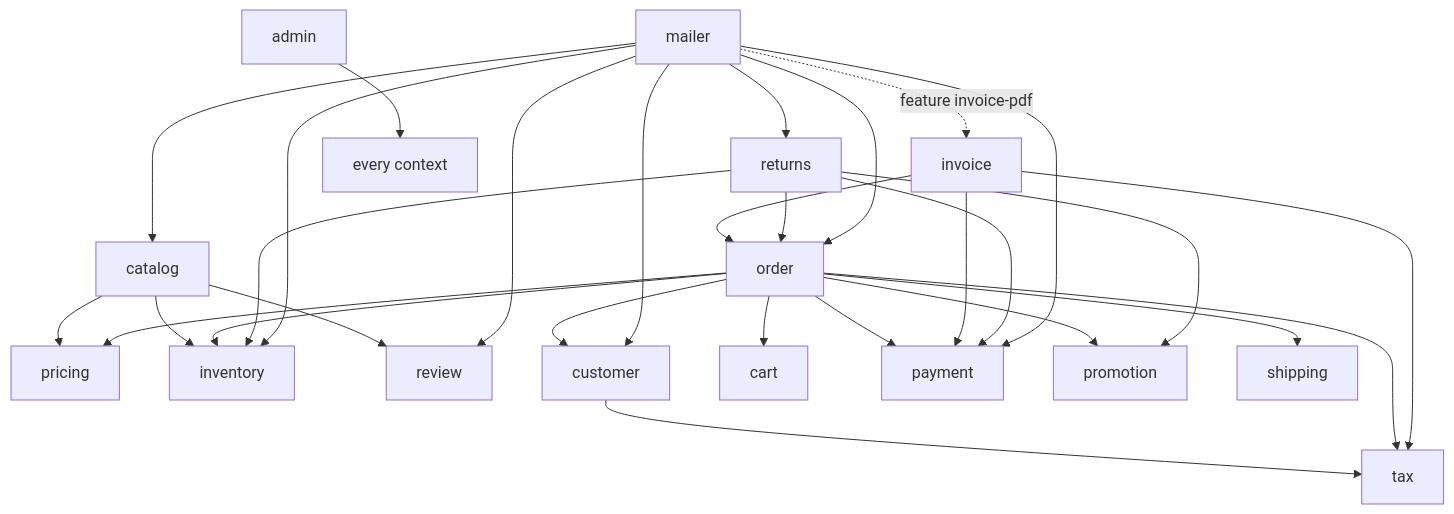
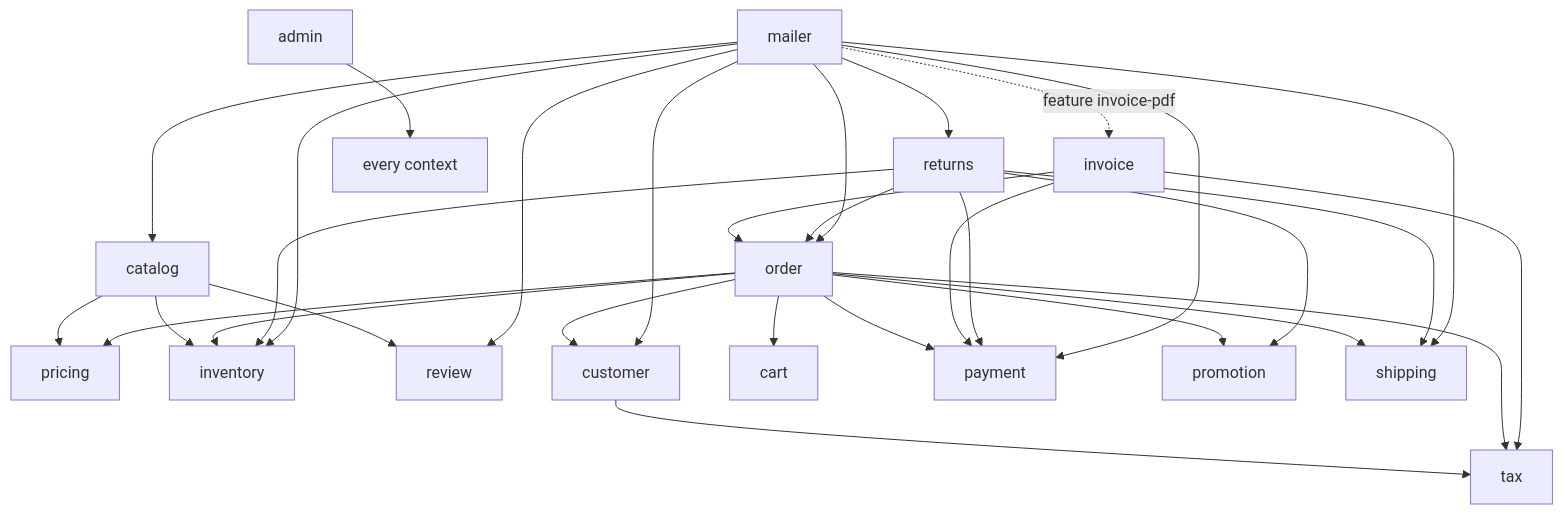
Before and after one commit to timayz/timada: the first of 2 diagrams in docs/architecture.md, drawn with Mermaid. The commit also changed other lines of this file and 27 other files, not shown here.

````diff
--- a/docs/architecture.md
+++ b/docs/architecture.md
@@ -33,11 +33,11 @@
 ```mermaid
 graph TD
     catalog --> pricing & inventory & review
     customer --> tax
     order --> cart & customer & inventory & payment & pricing & promotion & shipping & tax
     invoice --> order & payment & tax
-    returns --> order & payment & inventory & promotion
-    mailer --> order & payment & inventory & returns & review & customer & catalog
+    returns --> order & payment & inventory & promotion & shipping
+    mailer --> order & payment & inventory & returns & review & customer & catalog & shipping
     mailer -. feature invoice-pdf .-> invoice
     admin --> everything[every context]
 ```
````
